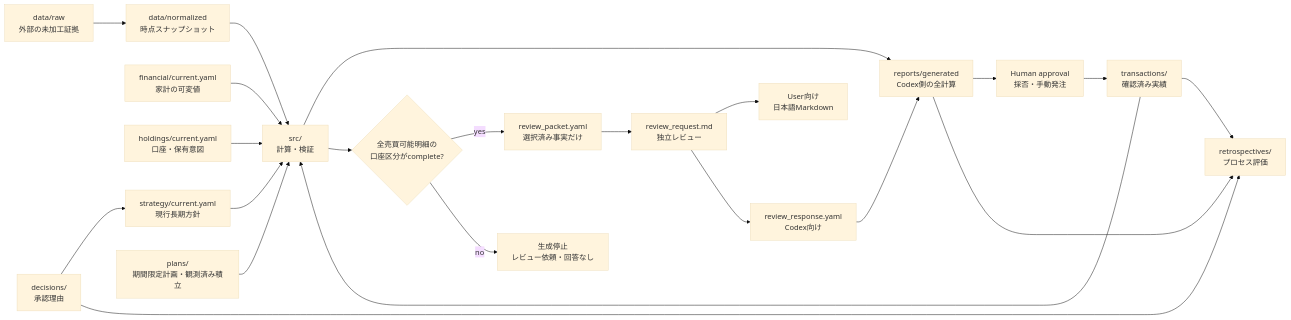
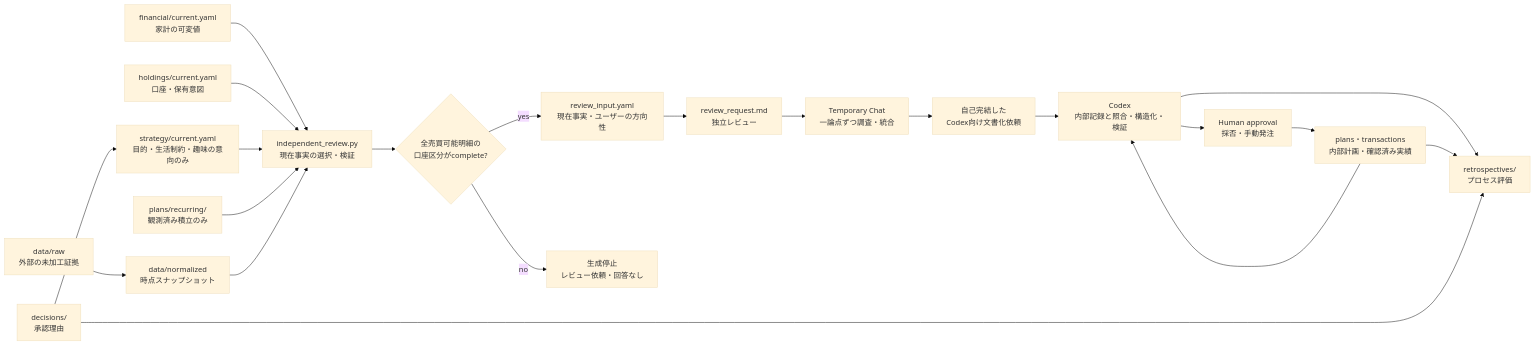
The diagram in docs/architecture.md (tpyosh/dip-buy-engine), drawn with Mermaid (base theme) before and after one commit. The commit also changed other lines of this file and 26 other files, not shown here.

First line of the commit message:
feat: generate independent reviews from current facts and user goals

````diff
--- a/docs/architecture.md
+++ b/docs/architecture.md
@@ -5,24 +5,23 @@
 ```mermaid
 flowchart LR
     RAW["data/raw<br/>外部の未加工証拠"] --> N["data/normalized<br/>時点スナップショット"]
     F["financial/current.yaml<br/>家計の可変値"] --> C
     M["holdings/current.yaml<br/>口座・保有意図"] --> C
-    S["strategy/current.yaml<br/>現行長期方針"] --> C["src/<br/>計算・検証"]
-    P["plans/<br/>期間限定計画・観測済み積立"] --> C
+    S["strategy/current.yaml<br/>目的・生活制約・趣味の意向のみ"] --> C["independent_review.py<br/>現在事実の選択・検証"]
+    P["plans/recurring/<br/>観測済み積立のみ"] --> C
     N --> C
-    T["transactions/<br/>確認済み実績"] --> C
-    C --> G["reports/generated<br/>Codex側の全計算"]
     C --> A{"全売買可能明細の<br/>口座区分がcomplete?"}
-    A -->|yes| Q["review_packet.yaml<br/>選択済み事実だけ"]
+    A -->|yes| Q["review_input.yaml<br/>現在事実・ユーザーの方向性"]
     A -->|no| B["生成停止<br/>レビュー依頼・回答なし"]
     Q --> REQ["review_request.md<br/>独立レビュー"]
-    REQ --> U["User向け<br/>日本語Markdown"]
-    REQ --> Y["review_response.yaml<br/>Codex向け"]
-    Y --> G
+    REQ --> U["Temporary Chat<br/>一論点ずつ調査・統合"]
+    U --> Y["自己完結した<br/>Codex向け文書化依頼"]
+    Y --> G["Codex<br/>内部記録と照合・構造化・検証"]
+    T["plans・transactions<br/>内部計画・確認済み実績"] --> G
     G --> H["Human approval<br/>採否・手動発注"]
     H --> T
     D["decisions/<br/>承認理由"] --> S
     G --> X["retrospectives/<br/>プロセス評価"]
     T --> X
     D --> X
 ```
````
